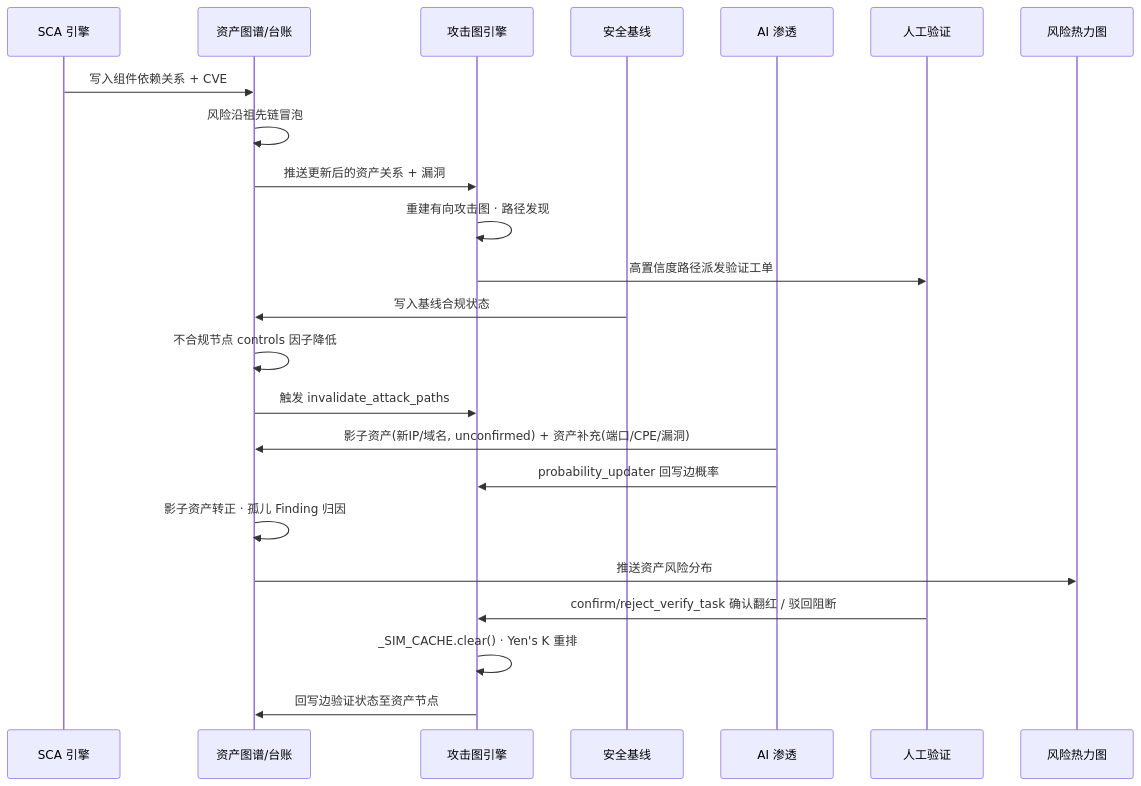
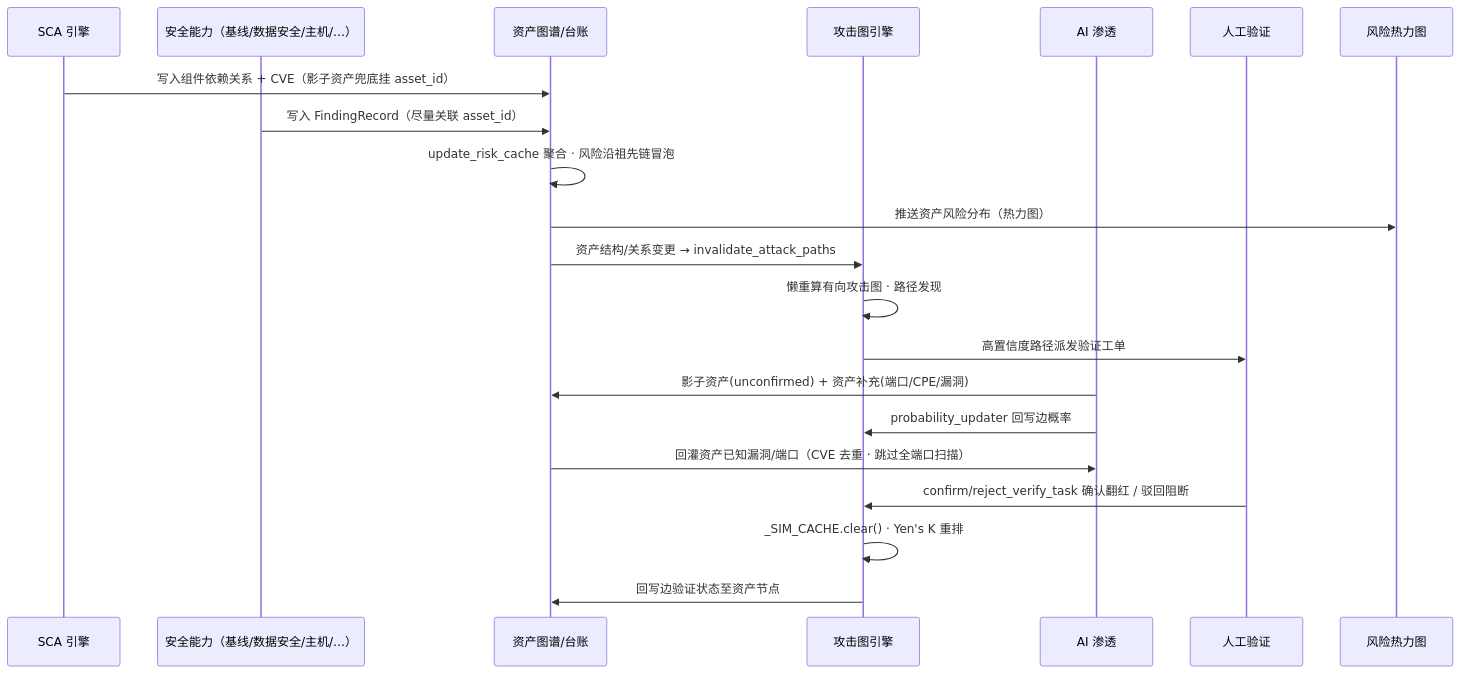
The second of 2 diagrams in README.md (nancyfeng166/SecStack-portfolio), drawn with Mermaid before and after one commit. The commit also changed other lines of this file, not shown here.

Commit message:
docs(readme): 场景二泛化为安全能力挂载资产闭环，修正6.1漏洞计数与序列图

````diff
--- a/README.md
+++ b/README.md
@@ -704,29 +704,26 @@
 ```mermaid
 sequenceDiagram
     participant SCA as SCA 引擎
+    participant SCAN as 安全能力（基线/数据安全/主机/…）
     participant AG as 资产图谱/台账
     participant ATK as 攻击图引擎
-    participant BS as 安全基线
     participant PEN as AI 渗透
     participant HU as 人工验证
     participant VIS as 风险热力图
 
-    SCA->>AG: 写入组件依赖关系 + CVE
-    AG->>AG: 风险沿祖先链冒泡
-    AG->>ATK: 推送更新后的资产关系 + 漏洞
-    ATK->>ATK: 重建有向攻击图 · 路径发现
+    SCA->>AG: 写入组件依赖关系 + CVE（影子资产兜底挂 asset_id）
+    SCAN->>AG: 写入 FindingRecord（尽量关联 asset_id）
+    AG->>AG: update_risk_cache 聚合 · 风险沿祖先链冒泡
+    AG->>VIS: 推送资产风险分布（热力图）
+    AG->>ATK: 资产结构/关系变更 → invalidate_attack_paths
+    ATK->>ATK: 懒重算有向攻击图 · 路径发现
     ATK->>HU: 高置信度路径派发验证工单
-    
-    BS->>AG: 写入基线合规状态
-    AG->>AG: 不合规节点 controls 因子降低
-    AG->>ATK: 触发 invalidate_attack_paths
-    
-    PEN->>AG: 影子资产(新IP/域名, unconfirmed) + 资产补充(端口/CPE/漏洞)
+
+    PEN->>AG: 影子资产(unconfirmed) + 资产补充(端口/CPE/漏洞)
     PEN->>ATK: probability_updater 回写边概率
-    AG->>AG: 影子资产转正 · 孤儿 Finding 归因
-    AG->>VIS: 推送资产风险分布
-    
+    AG->>PEN: 回灌资产已知漏洞/端口（CVE 去重 · 跳过全端口扫描）
+
     HU->>ATK: confirm/reject_verify_task 确认翻红 / 驳回阻断
     ATK->>ATK: _SIM_CACHE.clear() · Yen's K 重排
     ATK->>AG: 回写边验证状态至资产节点
 ```
````
